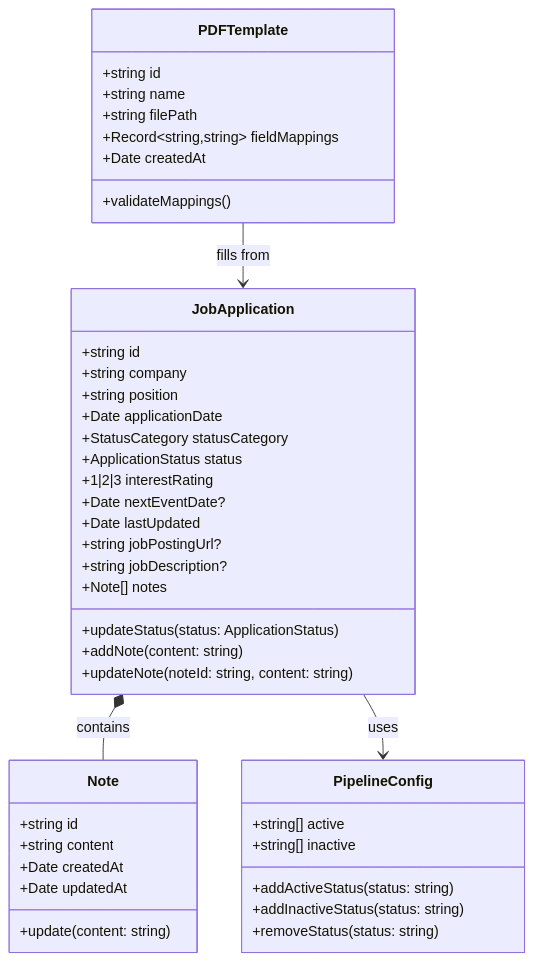
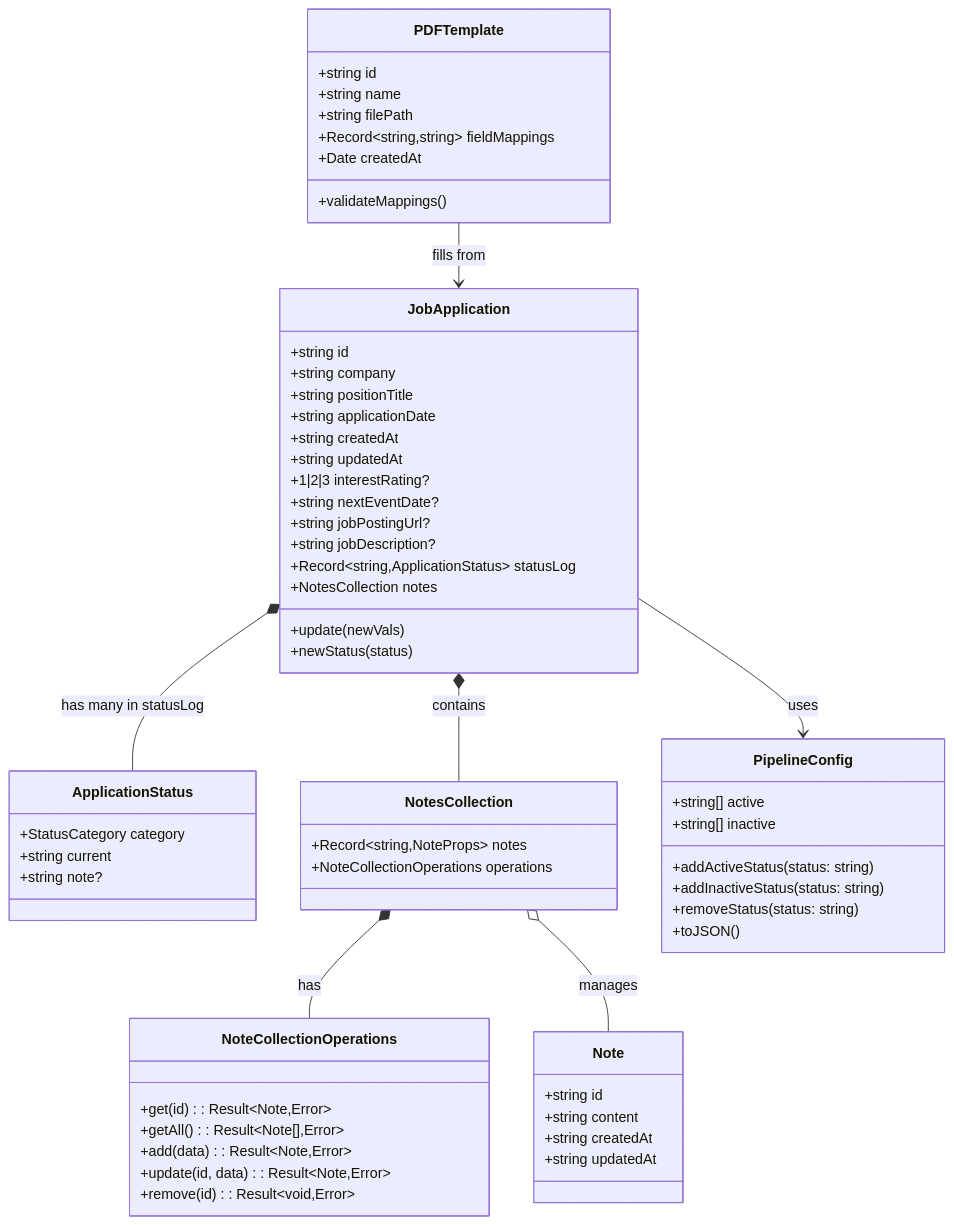
Before and after one commit to graffhyrum/jobAppTracker: the diagram in docs/dataModel.mermaid, drawn with Mermaid. The commit also changed 3 other files, not shown here.

First line of the commit message:
chore(docs): remove outdated diagrams and update data model definitions

```diff
--- a/docs/dataModel.mermaid
+++ b/docs/dataModel.mermaid
@@ -1,52 +1,73 @@
 ---
 config:
   class:
     hideEmptyMembersBox: true
 ---
 classDiagram
     class JobApplication {
         +string id
         +string company
-        +string position
-        +Date applicationDate
-        +StatusCategory statusCategory
-        +ApplicationStatus status
-        +1|2|3 interestRating
-        +Date nextEventDate?
-        +Date lastUpdated
+        +string positionTitle
+        +string applicationDate
+        +string createdAt
+        +string updatedAt
+        +1|2|3 interestRating?
+        +string nextEventDate?
         +string jobPostingUrl?
         +string jobDescription?
-        +Note[] notes
-        +updateStatus(status: ApplicationStatus)
-        +addNote(content: string)
-        +updateNote(noteId: string, content: string)
+        +Record~string,ApplicationStatus~ statusLog
+        +NotesCollection notes
+        +update(newVals)
+        +newStatus(status)
+    }
+
+    class ApplicationStatus {
+        +StatusCategory category
+        +string current
+        +string note?
     }
 
     class Note {
         +string id
         +string content
-        +Date createdAt
-        +Date updatedAt
-        +update(content: string)
+        +string createdAt
+        +string updatedAt
+    }
+
+    class NotesCollection {
+        +Record~string,NoteProps~ notes
+        +NoteCollectionOperations operations
+    }
+
+    class NoteCollectionOperations {
+        +get(id): Result~Note,Error~
+        +getAll(): Result~Note[],Error~
+        +add(data): Result~Note,Error~
+        +update(id, data): Result~Note,Error~
+        +remove(id): Result~void,Error~
     }
 
     class PipelineConfig {
         +string[] active
         +string[] inactive
         +addActiveStatus(status: string)
         +addInactiveStatus(status: string)
         +removeStatus(status: string)
+        +toJSON()
     }
 
     class PDFTemplate {
         +string id
         +string name
         +string filePath
         +Record~string,string~ fieldMappings
         +Date createdAt
         +validateMappings()
     }
 
-JobApplication *--  Note : contains
+JobApplication *-- NotesCollection : contains
+JobApplication *-- ApplicationStatus : has many in statusLog
+NotesCollection *-- NoteCollectionOperations : has
+NotesCollection o-- Note : manages
 JobApplication --> PipelineConfig : uses
 PDFTemplate --> JobApplication : fills from
```
